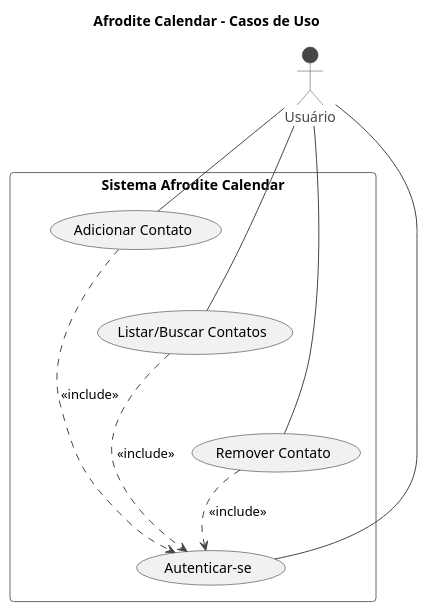
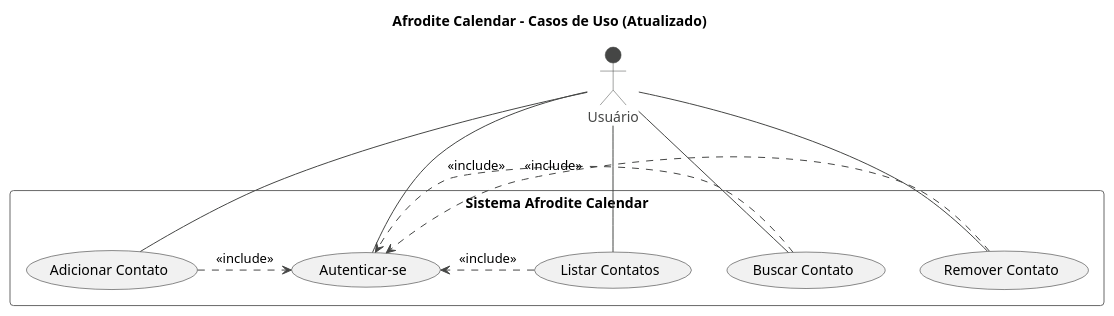
The diagram in agenda/agenda/diagramas/diagrama_caso_de_uso.puml (KalvinAlbuquerque/ES-StudyCase01), drawn with PlantUML before and after one commit. The commit also changed 8 other files, not shown here.

Commit message:
Adicionado diagrama entidade relacionamento // adicionado teste da camada de persistencia

```diff
--- a/agenda/agenda/diagramas/diagrama_caso_de_uso.puml
+++ b/agenda/agenda/diagramas/diagrama_caso_de_uso.puml
@@ -1,32 +1,30 @@
-@startuml diagrama_de_caso_de_uso
+@startuml diagrama_de_caso_de_uso_atualizado
 ' Thema para um visual mais moderno
 !theme vibrant
 
-title Afrodite Calendar - Casos de Uso
+title Afrodite Calendar - Casos de Uso (Atualizado)
 
 actor "Usuário" as user
 
 rectangle "Sistema Afrodite Calendar" {
+  usecase "Autenticar-se" as UC_AUTH
   usecase "Adicionar Contato" as UC_ADD
-  usecase "Listar/Buscar Contatos" as UC_LIST_SEARCH
+  usecase "Listar Contatos" as UC_LIST
+  usecase "Buscar Contato" as UC_SEARCH
   usecase "Remover Contato" as UC_REMOVE
-  usecase "Autenticar-se" as UC_AUTH
 }
 
-' Força o layout vertical para dar espaço
-UC_ADD -[hidden]down- UC_LIST_SEARCH
-UC_LIST_SEARCH -[hidden]down- UC_REMOVE
-UC_REMOVE -[hidden]down- UC_AUTH
-
 ' Ações diretas do usuário
+user -- UC_AUTH
 user -- UC_ADD
-user -- UC_LIST_SEARCH
+user -- UC_LIST
+user -- UC_SEARCH
 user -- UC_REMOVE
-user -- UC_AUTH
 
 ' Define que as outras ações dependem da autenticação
 UC_ADD .> UC_AUTH : <<include>>
-UC_LIST_SEARCH .> UC_AUTH : <<include>>
+UC_LIST .> UC_AUTH : <<include>>
+UC_SEARCH .> UC_AUTH : <<include>>
 UC_REMOVE .> UC_AUTH : <<include>>
 
 @enduml
```
